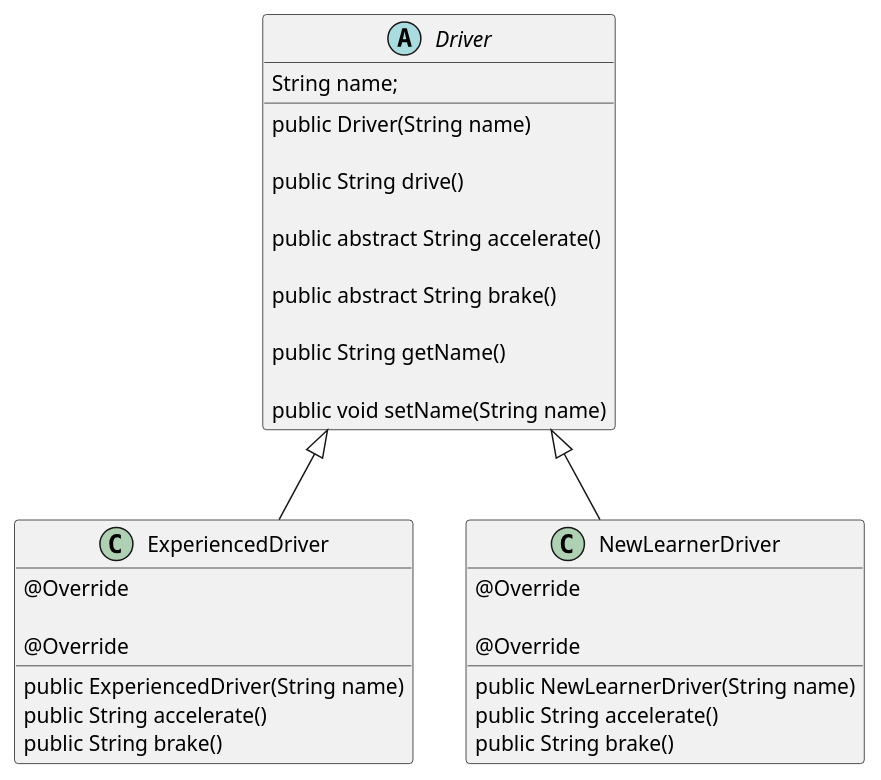
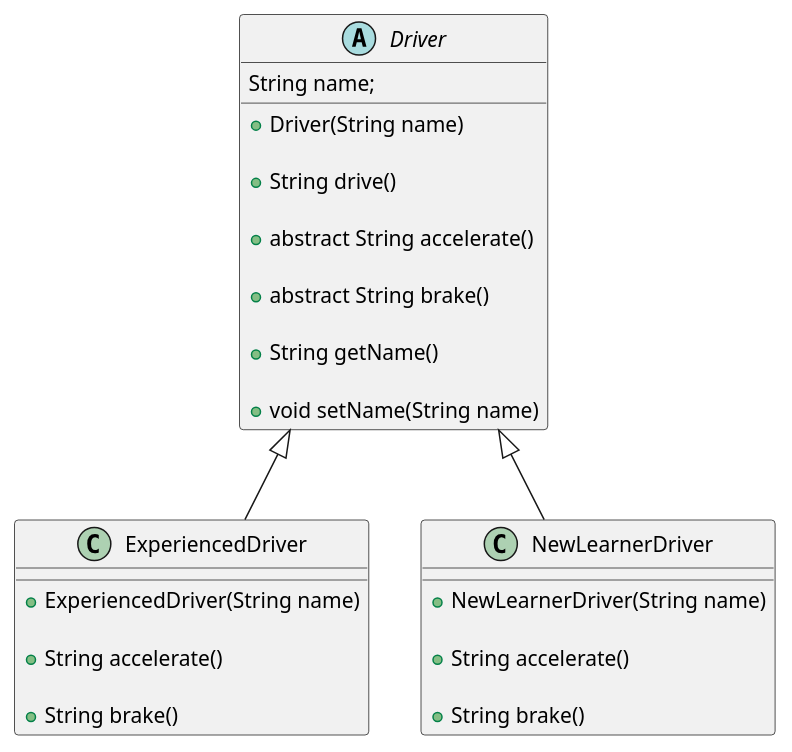
The diagram in plantUML/template.puml (43Carrig/Design_Patterns_Car), drawn with PlantUML before and after one commit. The commit also changed 6 other files, not shown here.

Commit message:
Updated the plantUML editing where necessary.

```diff
--- a/plantUML/template.puml
+++ b/plantUML/template.puml
@@ -1,42 +1,38 @@
 @startuml
 
 abstract class Driver {
 
     String name;
 
-    public Driver(String name)
+    + Driver(String name)
 
-    public String drive()
+    + String drive()
 
-    public abstract String accelerate()
+    + abstract String accelerate()
 
-    public abstract String brake()
+    + abstract String brake()
 
-    public String getName()
+    + String getName()
 
-    public void setName(String name)
+    + void setName(String name)
 }
 
 class ExperiencedDriver extends Driver{
 
-    public ExperiencedDriver(String name)
+    + ExperiencedDriver(String name)
 
-    @Override
-    public String accelerate()
+    + String accelerate()
 
-    @Override
-    public String brake()
+    + String brake()
 }
 
 class NewLearnerDriver extends Driver{
 
-    public NewLearnerDriver(String name)
+    + NewLearnerDriver(String name)
 
-    @Override
-    public String accelerate()
+    + String accelerate()
 
-    @Override
-    public String brake()
+    + String brake()
 }
 
 @enduml
```
